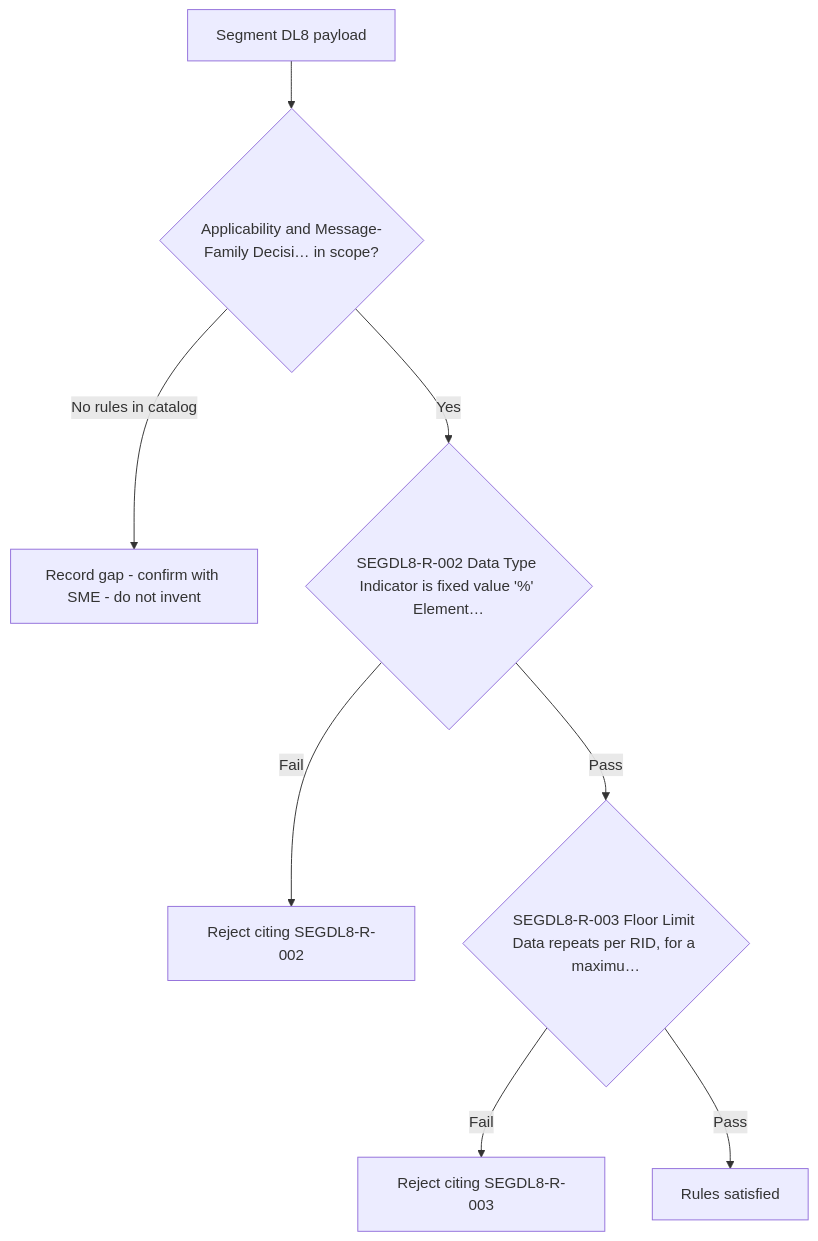
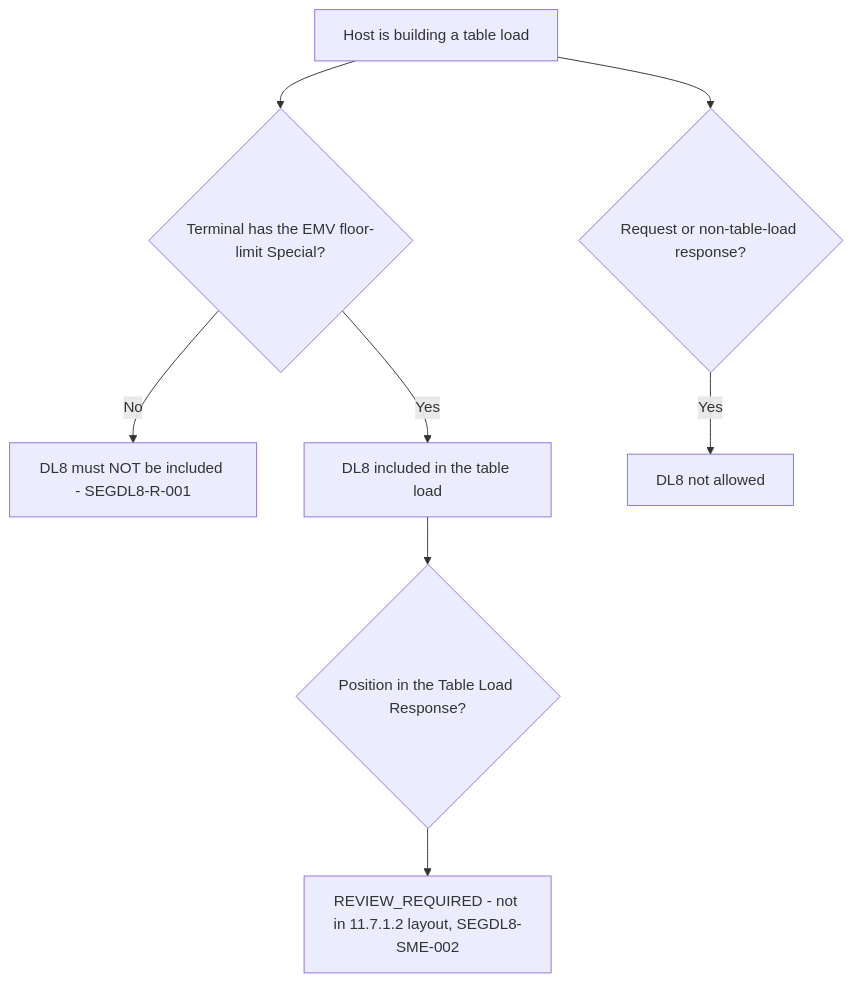
One commit to DhanSingh-hub/core-auth-ai-validation-framework changed the diagram in regression-artifact-validator/specifications/ATL105/docs/specs/kb/segment-DL8/applicability-decision-flow.md. Above: the diagram before and after it, drawn with Mermaid. The commit also changed other lines of this file and 28 other files, not shown here.

First line of the commit message:
docs(segment-DL8): retrain KB module against Segment 100 and the 12.49 EMV floor-limit layout

````diff
--- a/regression-artifact-validator/specifications/ATL105/docs/specs/kb/segment-DL8/applicability-decision-flow.md
+++ b/regression-artifact-validator/specifications/ATL105/docs/specs/kb/segment-DL8/applicability-decision-flow.md
@@ -3,10 +3,10 @@
 ```mermaid
 flowchart TD
-    A[Segment DL8 payload] --> B{Applicability and Message-Family Decisi… in scope?}
-    B -->|No rules in catalog| G[Record gap - confirm with SME - do not invent]
-    B -->|Yes| R1{SEGDL8-R-002 Data Type Indicator is fixed value '%' Element…}
-    R1 -->|Fail| X1[Reject citing SEGDL8-R-002]
-    R1 -->|Pass| R2{SEGDL8-R-003 Floor Limit Data repeats per RID, for a maximu…}
-    R2 -->|Fail| X2[Reject citing SEGDL8-R-003]
-    R2 -->|Pass| Z[Rules satisfied]
+    A[Host is building a table load] --> B{Terminal has the EMV floor-limit Special?}
+    B -->|No| N1[DL8 must NOT be included - SEGDL8-R-001]
+    B -->|Yes| C[DL8 included in the table load]
+    C --> D{Position in the Table Load Response?}
+    D --> R1[REVIEW_REQUIRED - not in 11.7.1.2 layout, SEGDL8-SME-002]
+    A --> E{Request or non-table-load response?}
+    E -->|Yes| X1[DL8 not allowed]
 ```
````
